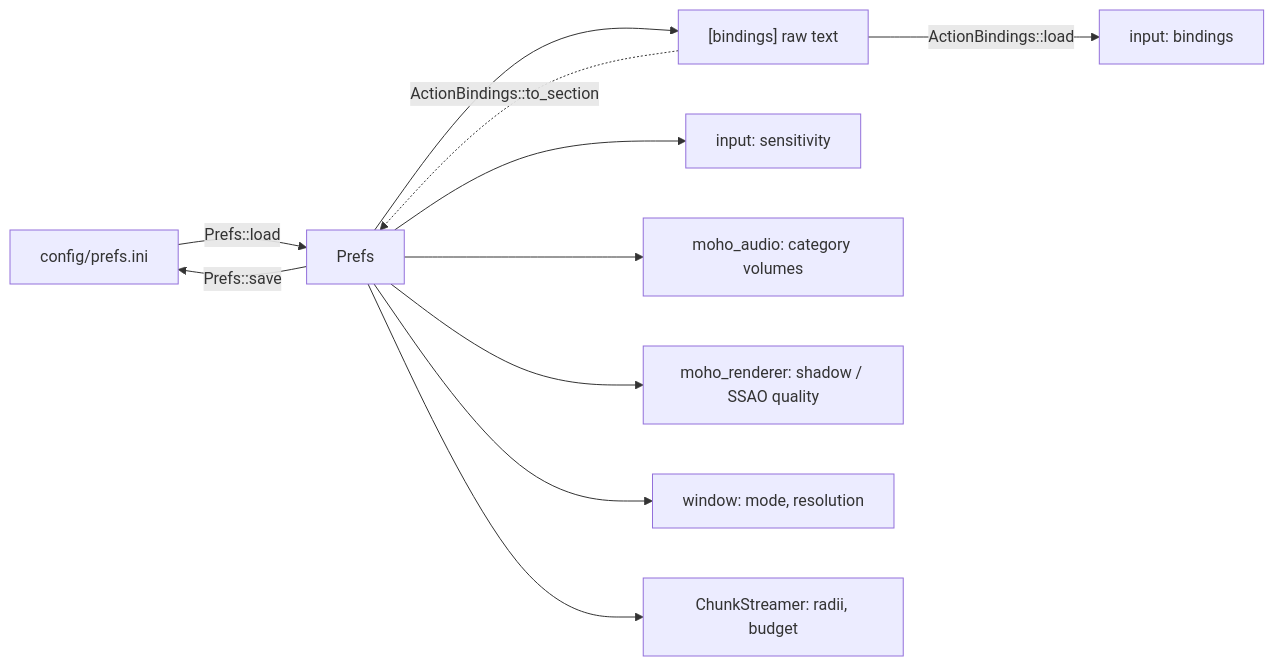
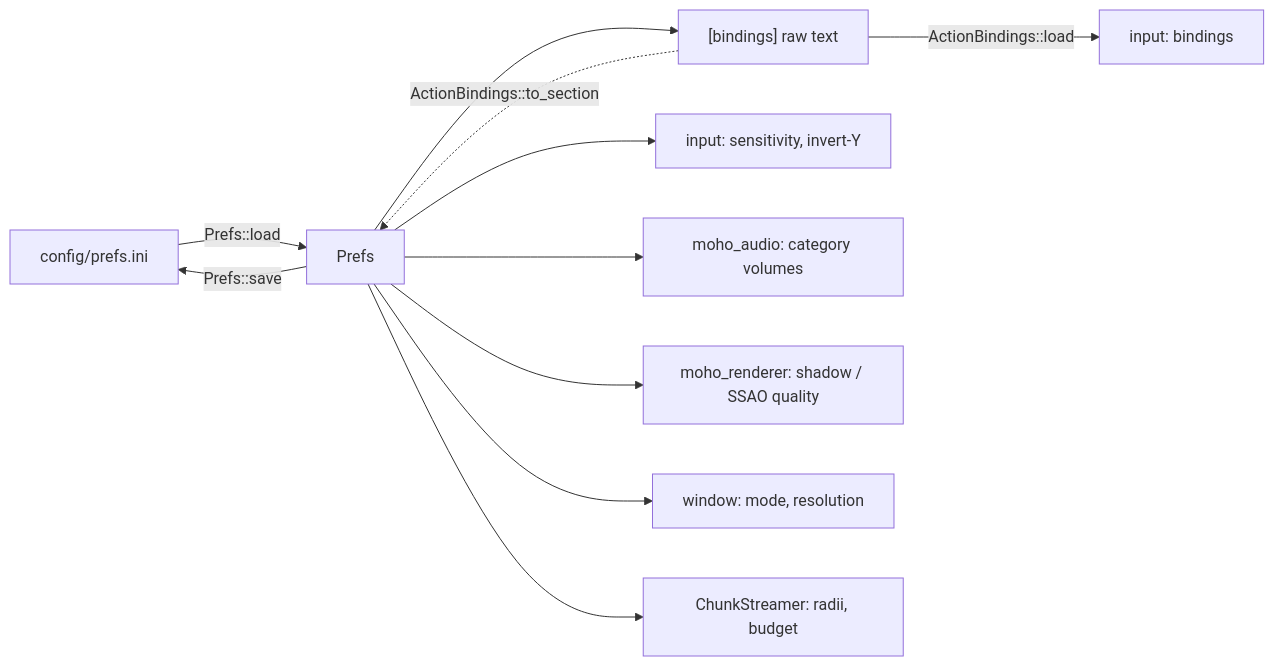
Before and after one commit to WrackedFella/moho: the diagram in wiki/reference/prefs-format.md, drawn with Mermaid. The commit also changed other lines of this file and 1 other file, not shown here.

First line of the commit message:
docs(wiki): Source sensitivity scale and invert_mouse_y (ENG-F28-03)

````diff
--- a/wiki/reference/prefs-format.md
+++ b/wiki/reference/prefs-format.md
@@ -31,12 +31,12 @@
 ```mermaid
 flowchart LR
     F["config/prefs.ini"] -->|"Prefs::load"| P["Prefs"]
     P --> B["[bindings] raw text"] -->|"ActionBindings::load"| I["input: bindings"]
-    P --> M["input: sensitivity"]
+    P --> M["input: sensitivity, invert-Y"]
     P --> Au["moho_audio: category volumes"]
     P --> Rn["moho_renderer: shadow / SSAO quality"]
     P --> W["window: mode, resolution"]
     P --> S["ChunkStreamer: radii, budget"]
     B -.->|"ActionBindings::to_section"| P
     P -->|"Prefs::save"| F
 ```
````
